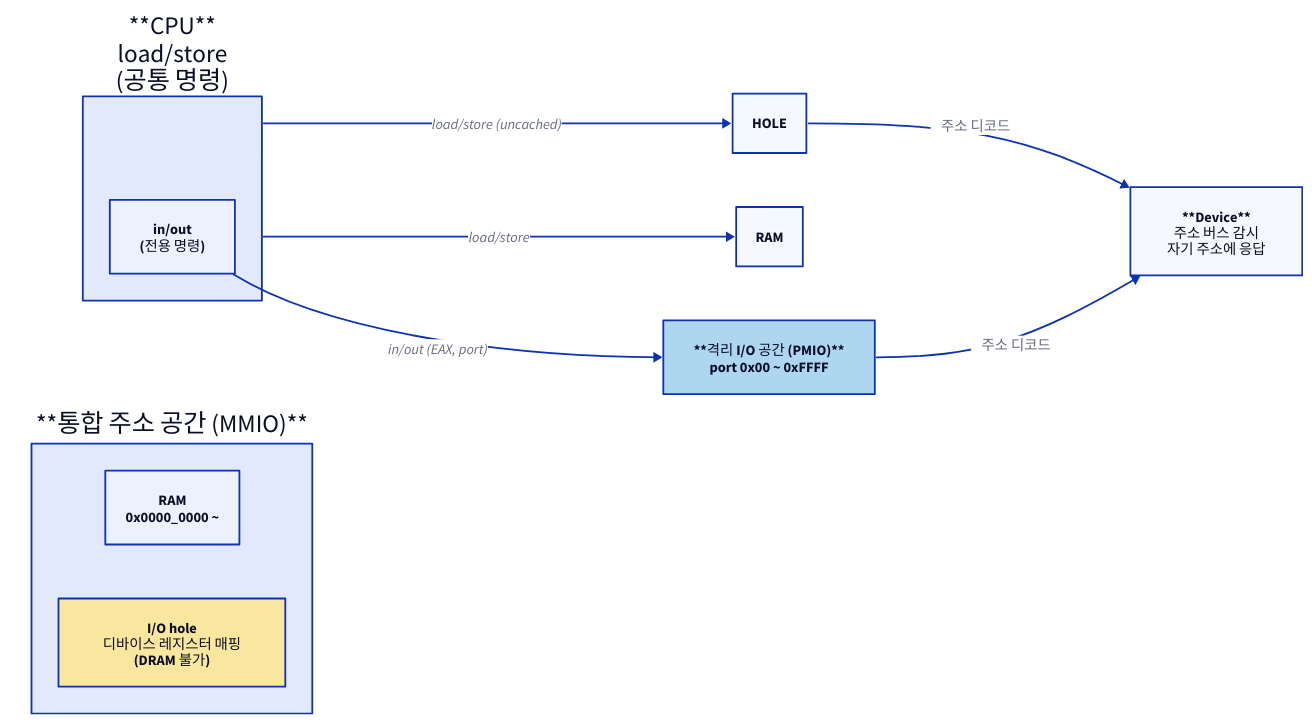
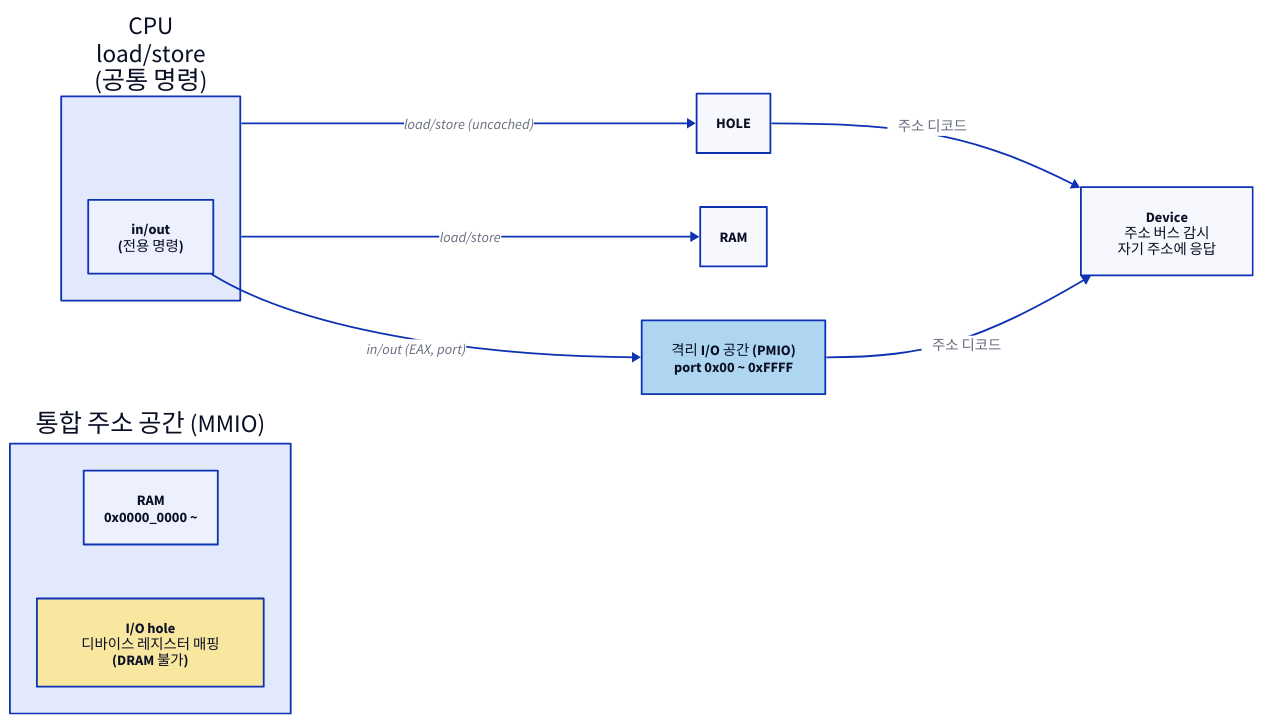
The first of 2 diagrams in starlight_site/src/content/docs/hw_sw_interaction/01_registers_mmio_pmio.md (humbleowl39/DV_SKOOL), drawn with D2 before and after one commit. The commit also changed other lines of this file and 714 other files, not shown here.

First line of the commit message:
fix(site): d2 다이어그램 가독성 결함 6종 일괄 수정

````diff
--- a/starlight_site/src/content/docs/hw_sw_interaction/01_registers_mmio_pmio.md
+++ b/starlight_site/src/content/docs/hw_sw_interaction/01_registers_mmio_pmio.md
@@ -57,22 +57,22 @@
 ```d2
 direction: right
 
-CPU: "**CPU**\nload/store\n(공통 명령)" {
+CPU: "CPU\nload/store\n(공통 명령)" {
   IN: "in/out\n(전용 명령)"
 }
 
-MEMSPACE: "**통합 주소 공간 (MMIO)**" {
+MEMSPACE: "통합 주소 공간 (MMIO)" {
   RAM: "RAM\n0x0000_0000 ~"
   HOLE: "I/O hole\n디바이스 레지스터 매핑\n(DRAM 불가)" { style.fill: "#f9e79f"; style.font-color: "#0A0F25" }
 }
 
-IOSPACE: "**격리 I/O 공간 (PMIO)**\nport 0x00 ~ 0xFFFF" { style.fill: "#aed6f1"; style.font-color: "#0A0F25" }
+IOSPACE: "격리 I/O 공간 (PMIO)\nport 0x00 ~ 0xFFFF" { style.fill: "#aed6f1"; style.font-color: "#0A0F25" }
 
-DEV: "**Device**\n주소 버스 감시\n자기 주소에 응답"
+DEV: "Device\n주소 버스 감시\n자기 주소에 응답"
 
 CPU -> RAM: "load/store"
 CPU -> HOLE: "load/store (uncached)"
 CPU.IN -> IOSPACE: "in/out (EAX, port)"
 HOLE -> DEV: "주소 디코드"
 IOSPACE -> DEV: "주소 디코드"
 ```
````
